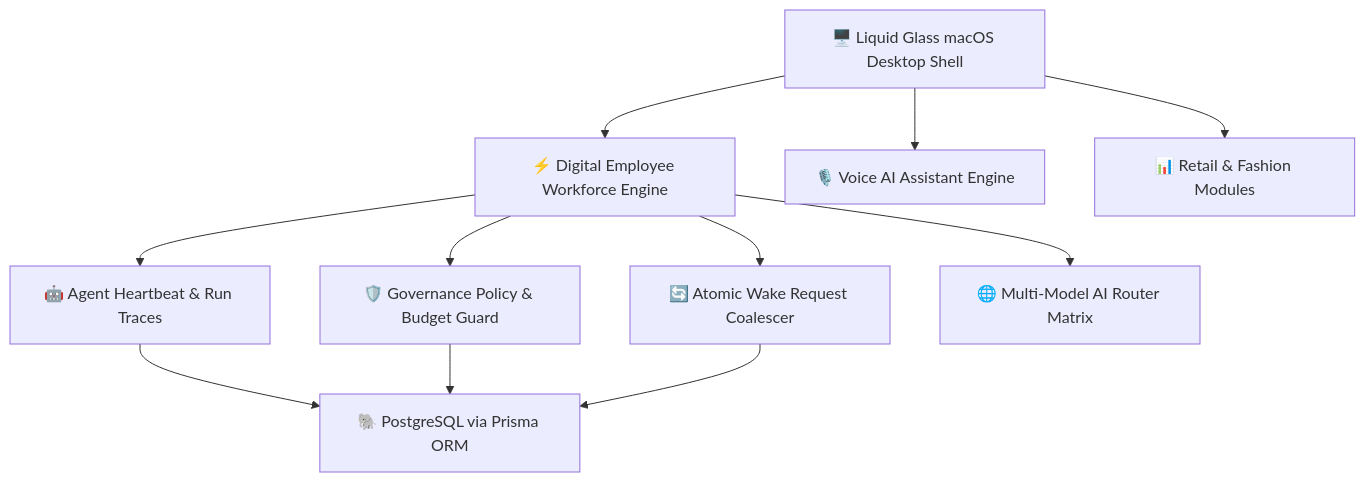
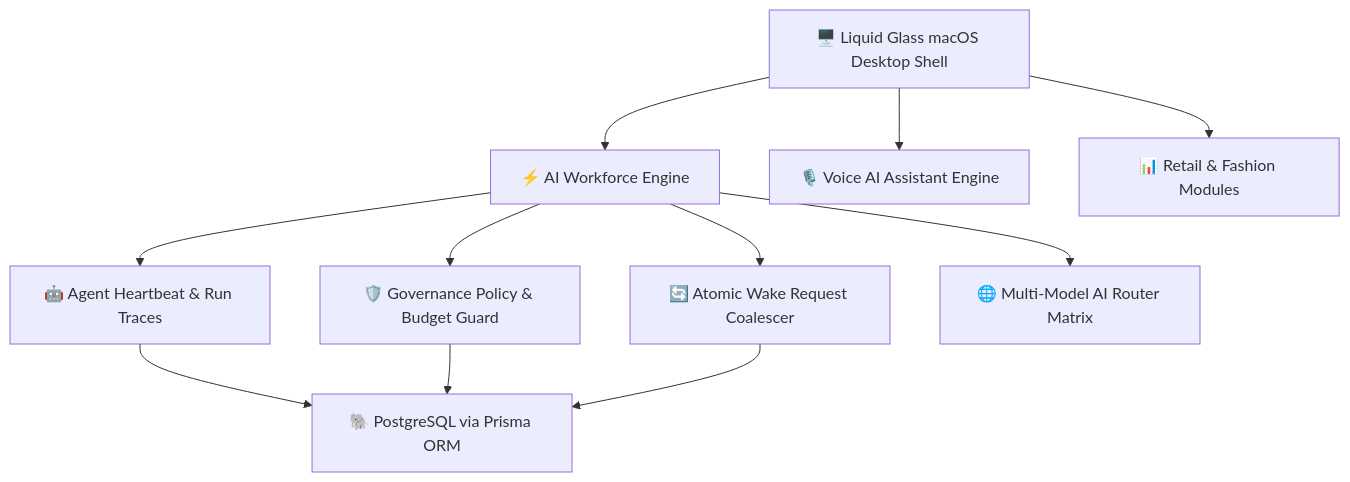
The diagram in README.md (KashinathTilagul/commerce-os), drawn with Mermaid before and after one commit. The commit also changed other lines of this file, not shown here.

Commit message:
docs: update terminology in README to reflect AI Workforce branding

````diff
--- a/README.md
+++ b/README.md
@@ -46,13 +46,13 @@
 ```mermaid
 graph TD
-    A["🖥️ Liquid Glass macOS Desktop Shell"] --> B["⚡ Digital Employee Workforce Engine"]
+    A["🖥️ Liquid Glass macOS Desktop Shell"] --> B["⚡ AI Workforce Engine"]
     A --> C["🎙️ Voice AI Assistant Engine"]
     A --> D["📊 Retail & Fashion Modules"]
     B --> E["🤖 Agent Heartbeat & Run Traces"]
     B --> F["🛡️ Governance Policy & Budget Guard"]
     B --> G["🔄 Atomic Wake Request Coalescer"]
     E --> H["🐘 PostgreSQL via Prisma ORM"]
     F --> H
     G --> H
     B --> I["🌐 Multi-Model AI Router Matrix"]
 ```
````
